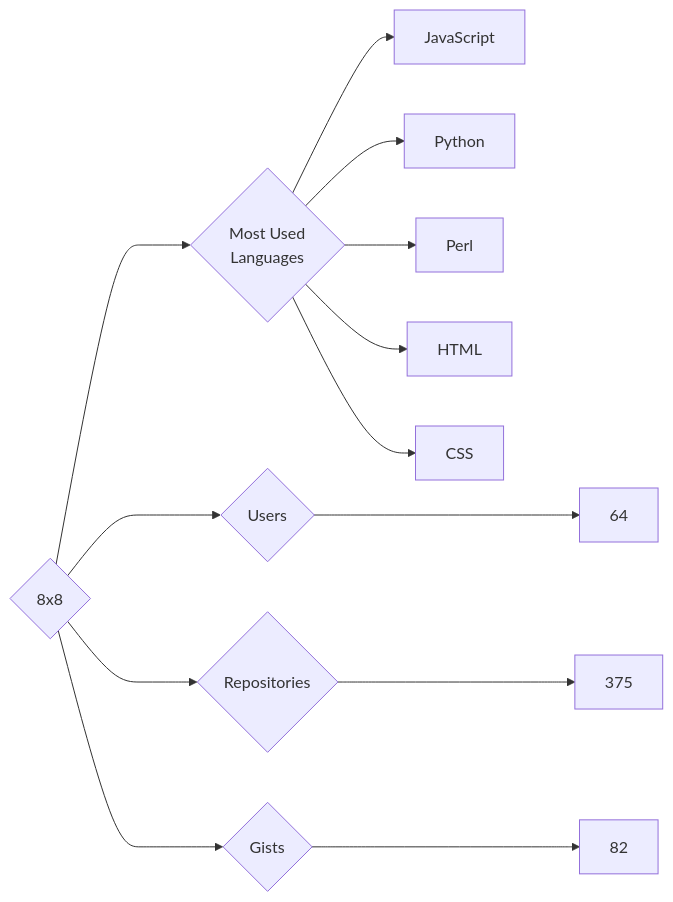
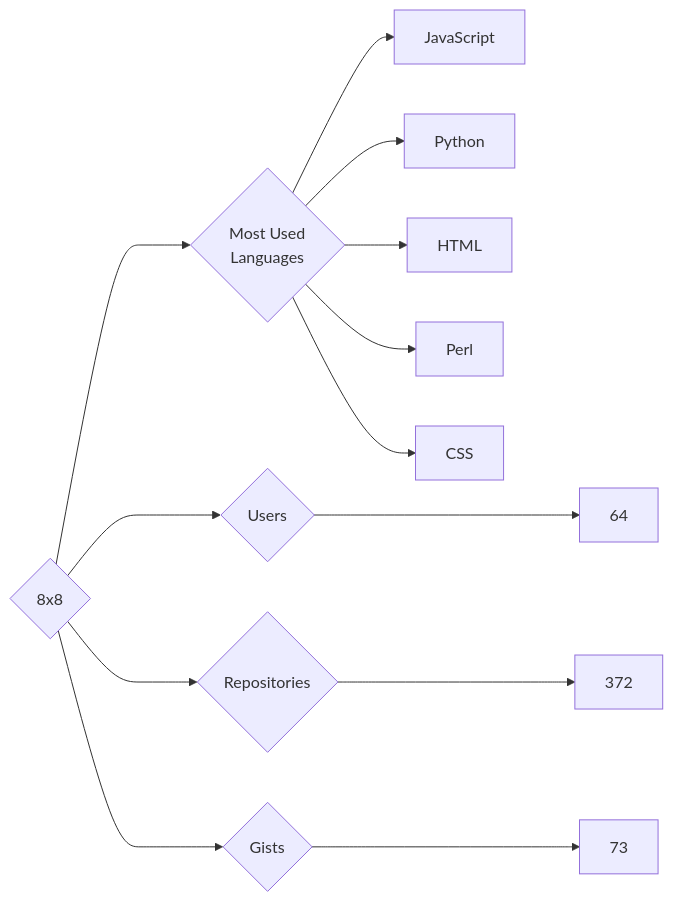
The diagram in targets/8x8/README.md (trickest/insiders), drawn with Mermaid before and after one commit. The commit also changed 1195 other files, not shown here.

````diff
--- a/targets/8x8/README.md
+++ b/targets/8x8/README.md
@@ -3,13 +3,13 @@
 ```mermaid
 graph LR
 COMPANY_NAME{8x8}
 COMPANY_NAME ---> U{Users} ---> UN[64]
-COMPANY_NAME ---> R{Repositories} ---> RN[375]
-COMPANY_NAME ---> G{Gists} ---> GN[82]
+COMPANY_NAME ---> R{Repositories} ---> RN[372]
+COMPANY_NAME ---> G{Gists} ---> GN[73]
 COMPANY_NAME ---> ML{Most Used<br>Languages}
 ML --> JavaScript[JavaScript]
 ML --> Python[Python]
+ML --> HTML[HTML]
 ML --> Perl[Perl]
-ML --> HTML[HTML]
 ML --> CSS[CSS]
 ```
````
